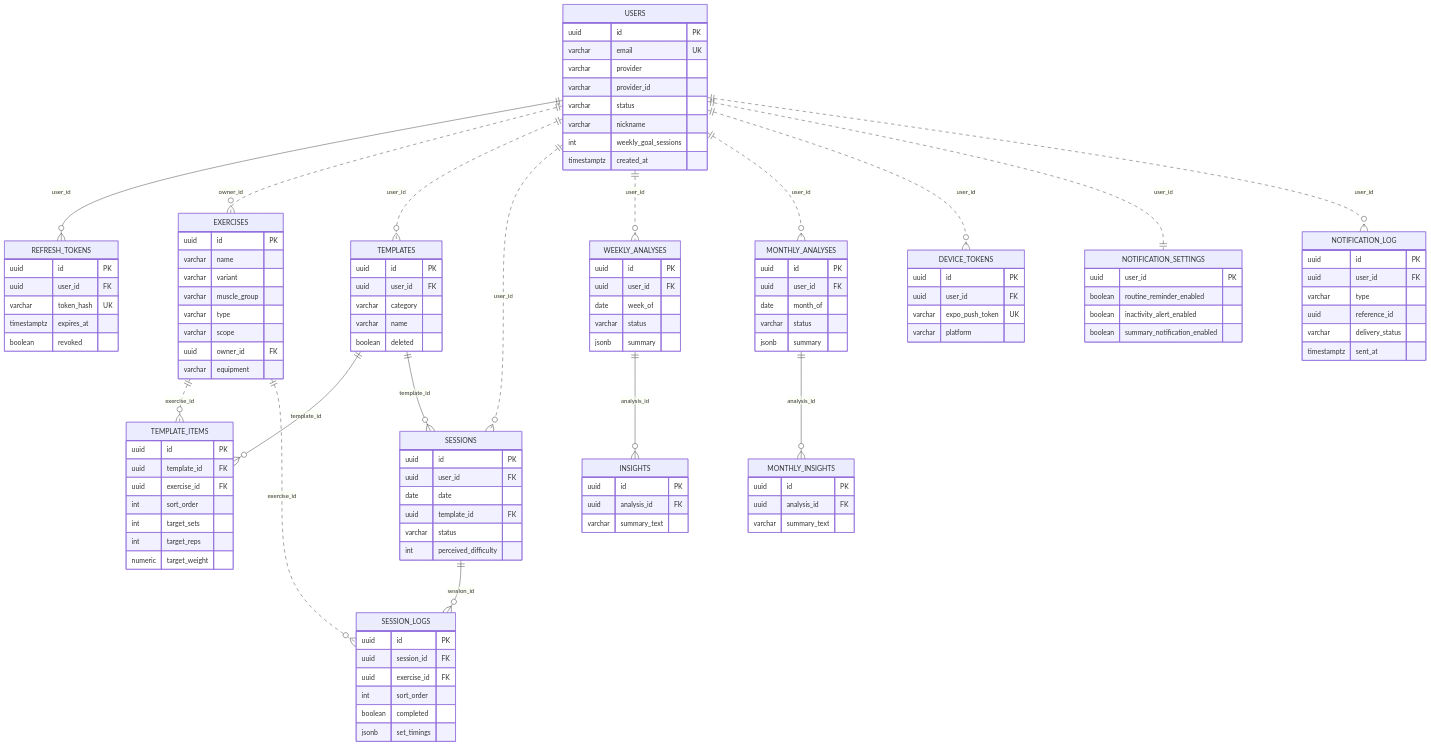
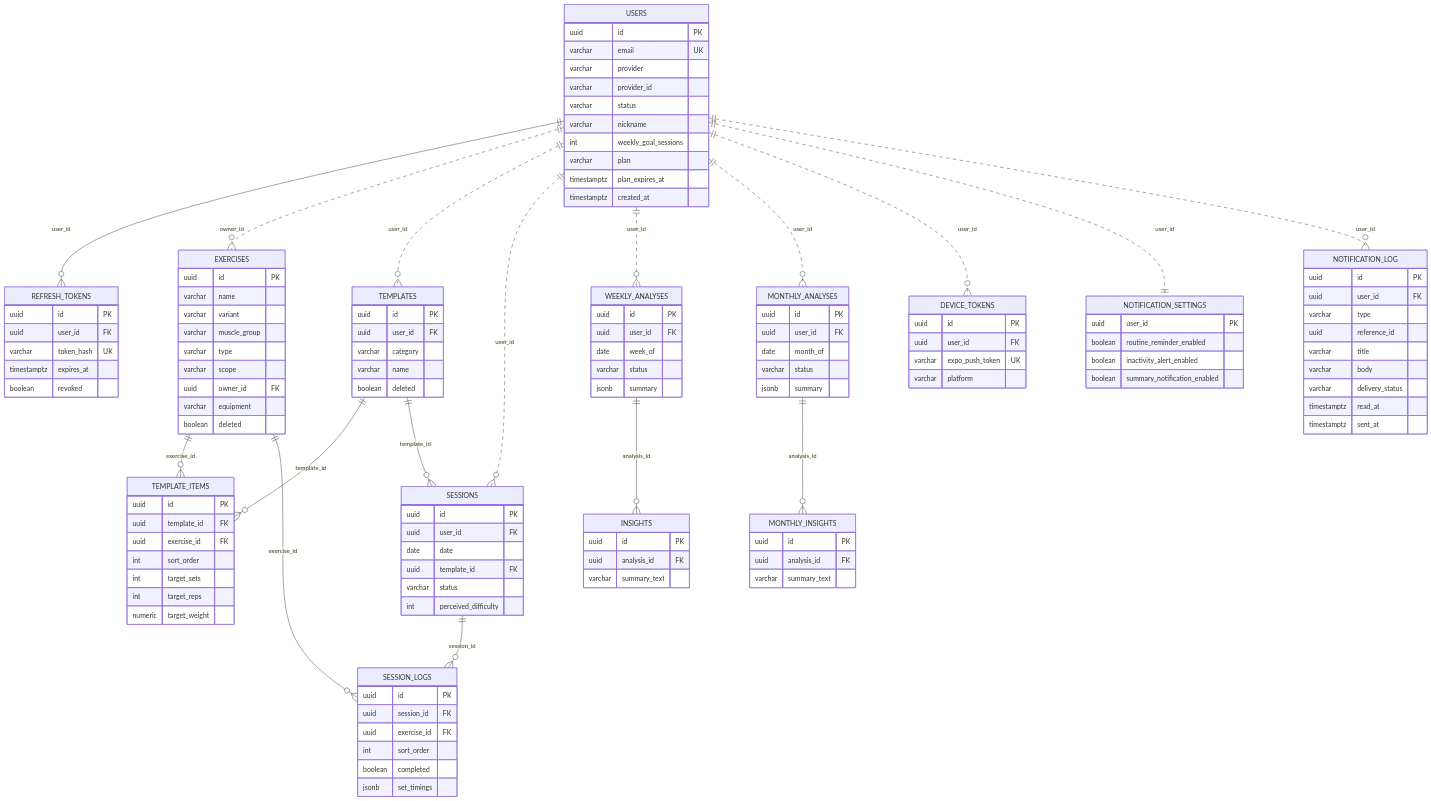
Before and after one commit to hoon-23/bali-backend: the diagram in docs/db-schema.md, drawn with Mermaid. The commit also changed other lines of this file and 1 other file, not shown here.

Commit message:
docs: db-schema를 V29 기준으로 갱신하고 product-concept를 현행화

````diff
--- a/docs/db-schema.md
+++ b/docs/db-schema.md
@@ -15,6 +16,8 @@
         varchar status
         varchar nickname
         int weekly_goal_sessions
+        varchar plan
+        timestamptz plan_expires_at
         timestamptz created_at
     }
     EXERCISES {
@@ -26,6 +29,7 @@
         varchar scope
         uuid owner_id FK
         varchar equipment
+        boolean deleted
     }
     TEMPLATES {
         uuid id PK
@@ -107,7 +111,10 @@
         uuid user_id FK
         varchar type
         uuid reference_id
+        varchar title
+        varchar body
         varchar delivery_status
+        timestamptz read_at
         timestamptz sent_at
     }
 
@@ -117,6 +124,8 @@
     WEEKLY_ANALYSES ||--o{ INSIGHTS : "analysis_id"
     MONTHLY_ANALYSES ||--o{ MONTHLY_INSIGHTS : "analysis_id"
     USERS ||--o{ REFRESH_TOKENS : "user_id"
+    EXERCISES ||--o{ TEMPLATE_ITEMS : "exercise_id"
+    EXERCISES ||--o{ SESSION_LOGS : "exercise_id"
 
     USERS ||..o{ EXERCISES : "owner_id"
     USERS ||..o{ TEMPLATES : "user_id"
@@ -126,6 +135,4 @@
     USERS ||..o{ DEVICE_TOKENS : "user_id"
     USERS ||..|| NOTIFICATION_SETTINGS : "user_id"
     USERS ||..o{ NOTIFICATION_LOG : "user_id"
-    EXERCISES ||..o{ TEMPLATE_ITEMS : "exercise_id"
-    EXERCISES ||..o{ SESSION_LOGS : "exercise_id"
 ```
````
